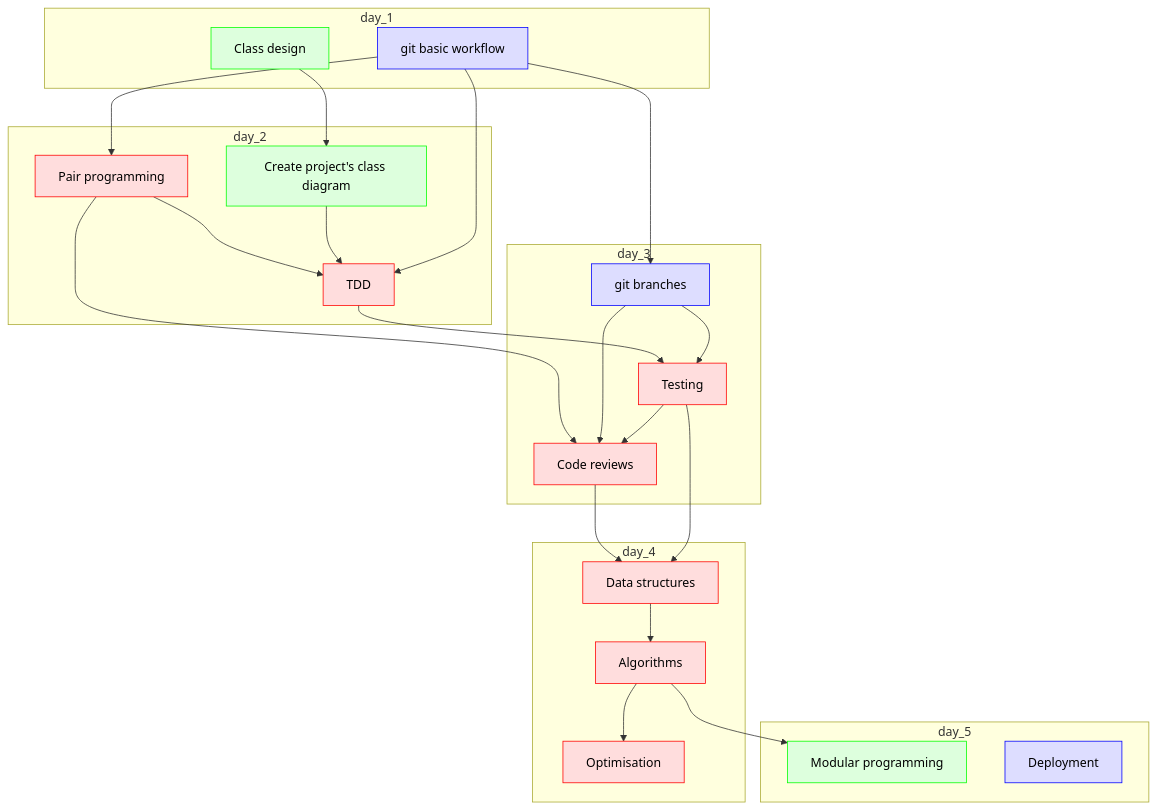
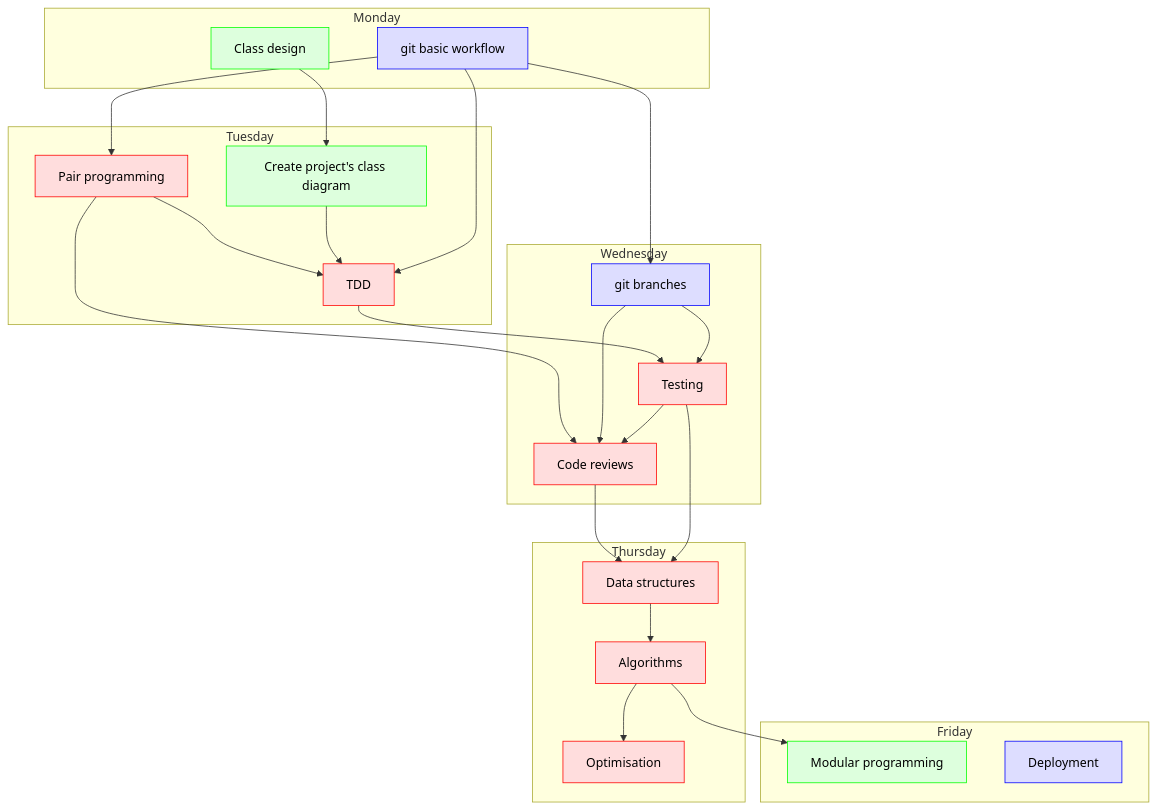
The diagram in docs/intro.md (UPPMAX/programming_formalisms), drawn with Mermaid before and after one commit.

Commit message:
Add day names

````diff
--- a/docs/intro.md
+++ b/docs/intro.md
@@ -10,49 +10,49 @@
 ```mermaid
 flowchart TD
 
   classDef bjorn_node fill:#ddf,color:#000,stroke:#00f
   classDef lars_node fill:#dfd,color:#000,stroke:#0f0
   classDef richel_node fill:#fdd,color:#000,stroke:#f00
 
-  subgraph day_1
+  subgraph day_1[Monday]
     git_basic[git basic workflow]:::bjorn_node
     class_design[Class design]:::lars_node
   end
-  subgraph day_2
+  subgraph day_2[Tuesday]
     class_diagram[Create project's class diagram]:::lars_node
     pair_programming[Pair programming]:::richel_node
     tdd[TDD]:::richel_node
   end
-  subgraph day_3
+  subgraph day_3[Wednesday]
     testing[Testing]:::richel_node
     code_reviews[Code reviews]:::richel_node
     git_branches[git branches]:::bjorn_node
   end
-  subgraph day_4
+  subgraph day_4[Thursday]
     data_structures[Data structures]:::richel_node
     algorithms[Algorithms]:::richel_node
     optimisation[Optimisation]:::richel_node
   end
-  subgraph day_5
+  subgraph day_5[Friday]
     modular_programming[Modular programming]:::lars_node
     deployment[Deployment]:::bjorn_node
   end
 
 
   git_basic --> pair_programming
   pair_programming --> tdd
   git_basic --> git_branches
   pair_programming --> code_reviews
   git_branches --> code_reviews
   class_design --> class_diagram
   class_diagram --> tdd
   git_basic --> tdd
   tdd --> testing
   git_branches --> testing
   code_reviews --> data_structures
   testing --> data_structures
   testing --> code_reviews
   data_structures --> algorithms
   algorithms --> modular_programming
   algorithms --> optimisation
 ```
````
